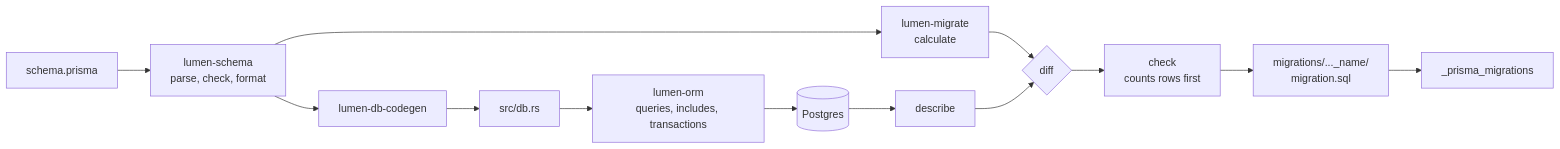
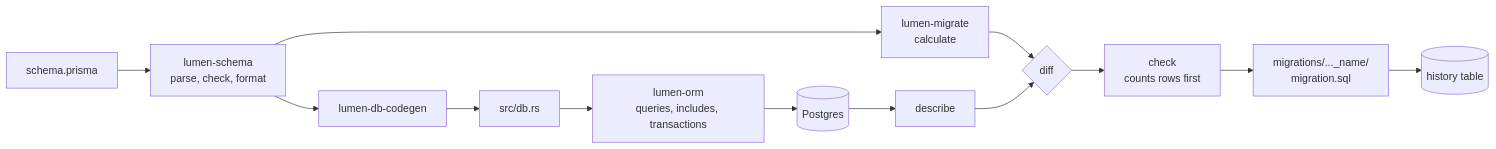
Before and after one commit to uniqtechteam/lumen: the diagram in docs/diagrams/pipeline.mmd, drawn with Mermaid. The commit also changed 1 other file, not shown here.

```diff
--- a/docs/diagrams/pipeline.mmd
+++ b/docs/diagrams/pipeline.mmd
@@ -1,13 +1,13 @@
 flowchart LR
     S[schema.prisma] --> P[lumen-schema<br/>parse, check, format]
     P --> C[lumen-migrate<br/>calculate]
     DB[(Postgres)] --> D[describe]
     C --> F{diff}
     D --> F
     F --> K[check<br/>counts rows first]
     K --> M[migrations/..._name/<br/>migration.sql]
-    M --> H[_prisma_migrations]
+    M --> H[(history table)]
     P --> G[lumen-db-codegen]
     G --> R[src/db.rs]
     R --> O[lumen-orm<br/>queries, includes, transactions]
     O --> DB
```
